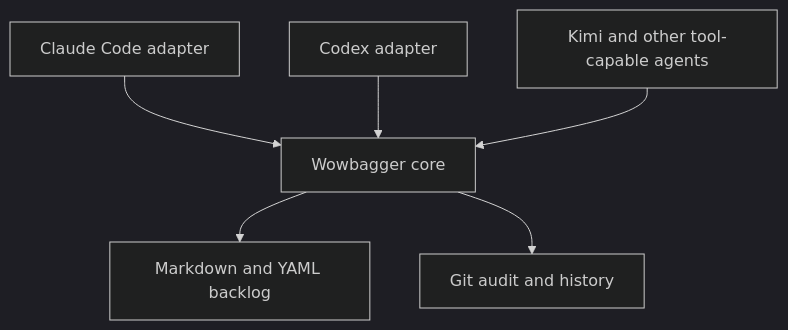
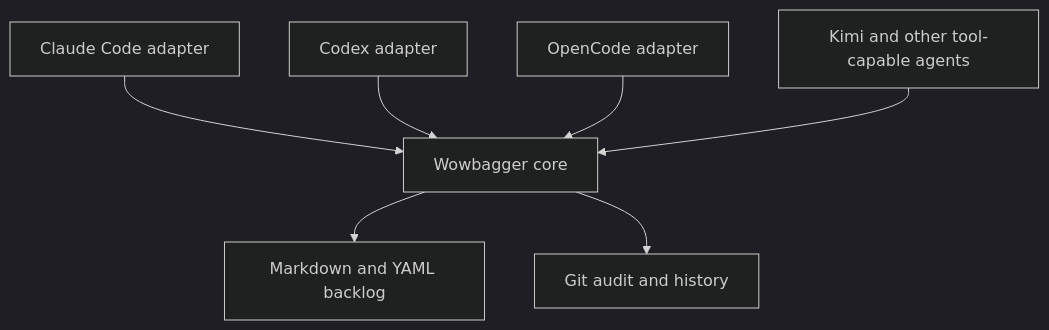
One commit to lstutzman/wowbagger changed the diagram in README.md. Above: the diagram before and after it, drawn with Mermaid (dark theme). The commit also changed other lines of this file, not shown here.

````diff
--- a/README.md
+++ b/README.md
@@ -271,8 +419,9 @@
 ```mermaid
 flowchart TD
     Claude[Claude Code adapter] --> Core[Wowbagger core]
     Codex[Codex adapter] --> Core
+    OpenCode[OpenCode adapter] --> Core
     Other[Kimi and other tool-capable agents] --> Core
     Core --> Markdown[Markdown and YAML backlog]
     Core --> Git[Git audit and history]
 ```
````
